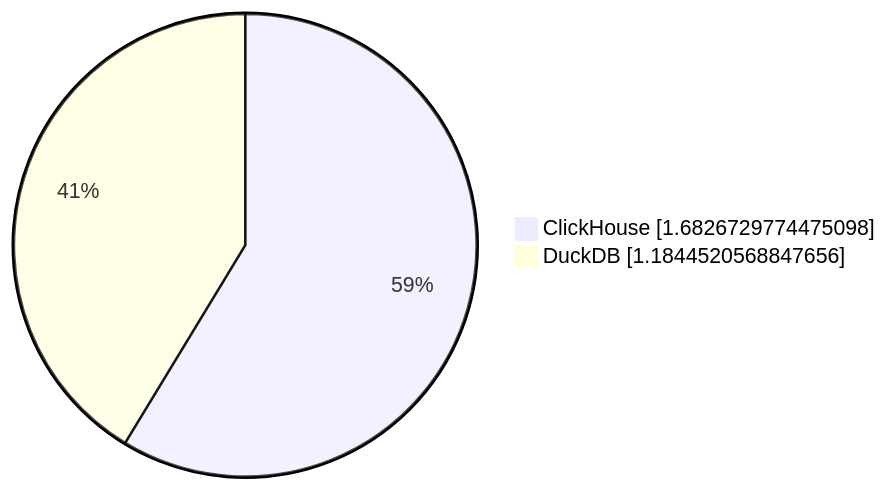
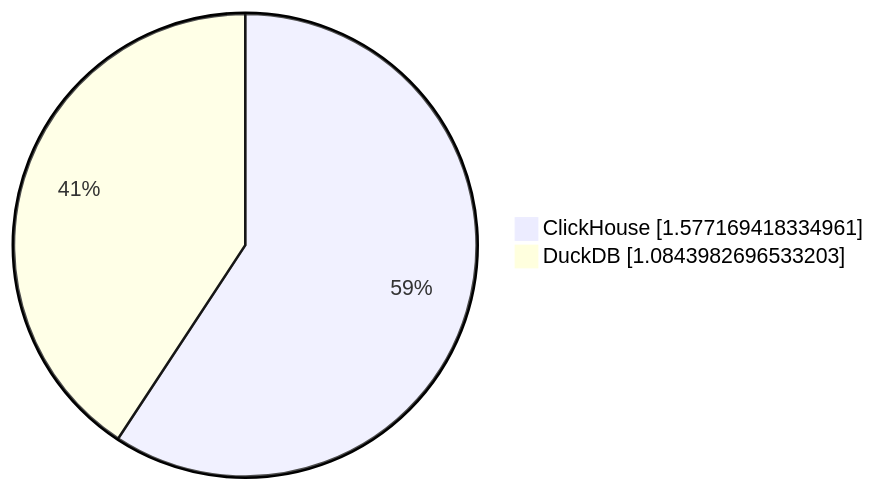
The tenth of 19 diagrams in parquet/performance/results/hits/23.11.1.2711-alpine/README.md (Altinity/clickhouse-regression), drawn with Mermaid before and after one commit. The commit also changed other lines of this file and 8 other files, not shown here.

````diff
--- a/parquet/performance/results/hits/23.11.1.2711-alpine/README.md
+++ b/parquet/performance/results/hits/23.11.1.2711-alpine/README.md
@@ -100,5 +100,5 @@
 ```mermaid
      pie showData
-         "ClickHouse" : 1.6826729774475098
-         "DuckDB" : 1.1844520568847656
+         "ClickHouse" : 1.577169418334961
+         "DuckDB" : 1.0843982696533203
 ```
````
